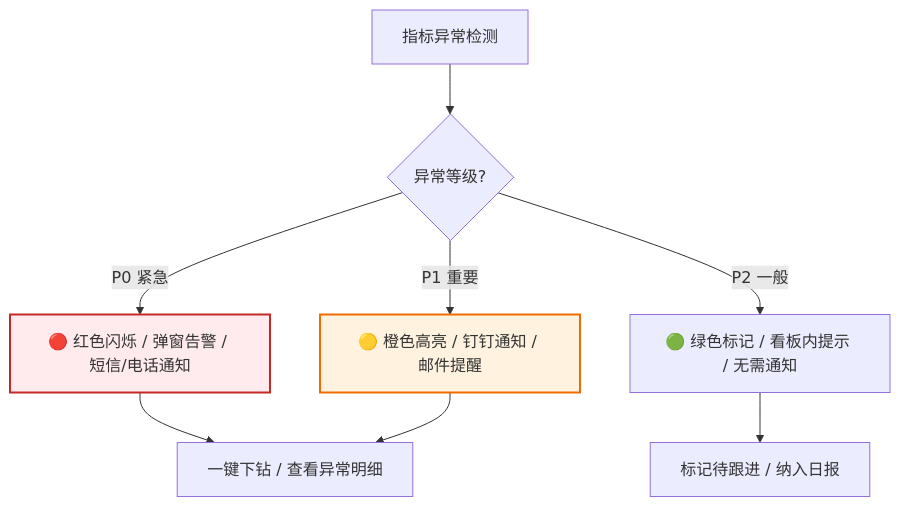
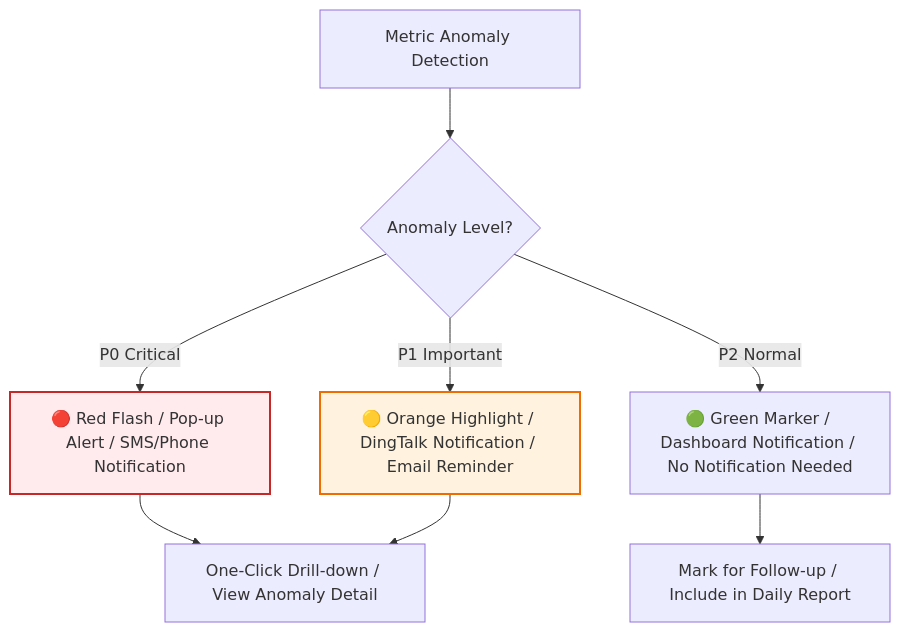
One commit to Kirky-X/cangjie changed the eighth of 9 diagrams in templates/产品/运营层/【模板】数据看板.md. Above: the diagram before and after it, drawn with Mermaid. The commit also changed other lines of this file and 46 other files, not shown here.

````diff
--- a/templates/产品/运营层/【模板】数据看板.md
+++ b/templates/产品/运营层/【模板】数据看板.md
@@ -367,16 +367,16 @@
 ```mermaid
 
 
 flowchart TD
-    A[指标异常检测] --> B{异常等级?}
-    B -->|P0 紧急| C[🔴 红色闪烁 / 弹窗告警 / 短信/电话通知]
-    B -->|P1 重要| D[🟡 橙色高亮 / 钉钉通知 / 邮件提醒]
-    B -->|P2 一般| E[🟢 绿色标记 / 看板内提示 / 无需通知]
+    A[Metric Anomaly Detection] --> B{Anomaly Level?}
+    B -->|P0 Critical| C[🔴 Red Flash / Pop-up Alert / SMS/Phone Notification]
+    B -->|P1 Important| D[🟡 Orange Highlight / DingTalk Notification / Email Reminder]
+    B -->|P2 Normal| E[🟢 Green Marker / Dashboard Notification / No Notification Needed]
 
-    C --> F[一键下钻 / 查看异常明细]
+    C --> F[One-Click Drill-down / View Anomaly Detail]
     D --> F
-    E --> G[标记待跟进 / 纳入日报]
+    E --> G[Mark for Follow-up / Include in Daily Report]
 
     style C fill:#ffebee,stroke:#c62828,stroke-width:2px
     style D fill:#fff3e0,stroke:#ef6c00,stroke-width:2px
 ```
````
